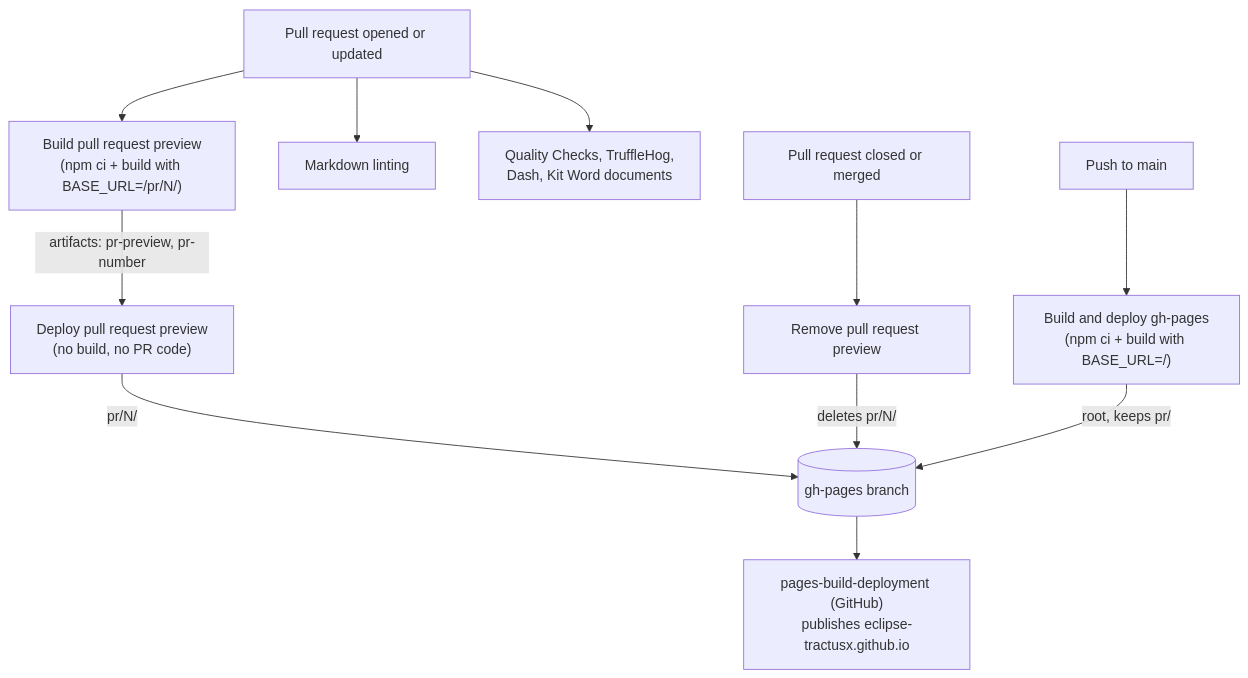
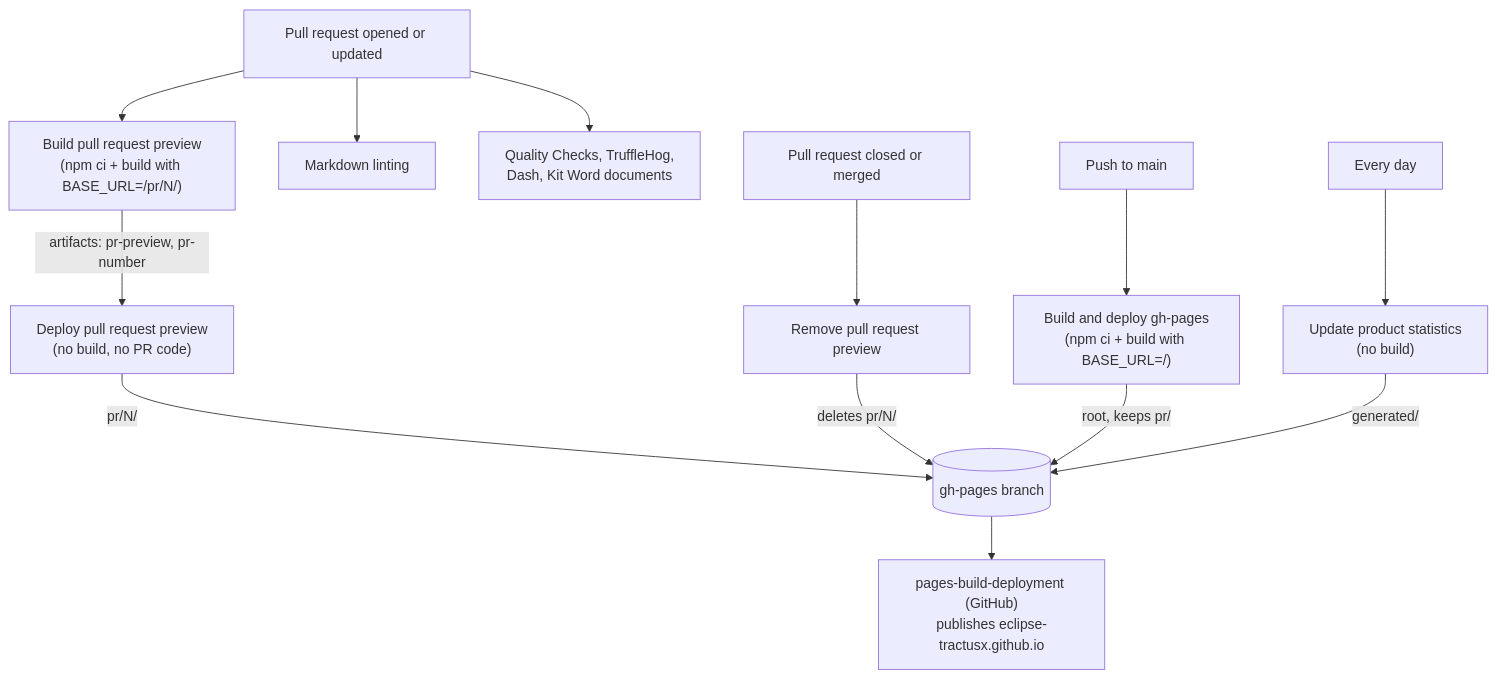
The diagram in .github/workflows/README.md (eclipse-tractusx/eclipse-tractusx.github.io), drawn with Mermaid before and after one commit. The commit also changed other lines of this file and 8 other files, not shown here.

First line of the commit message:
feat(products): update the statistics daily without a site build

````diff
--- a/.github/workflows/README.md
+++ b/.github/workflows/README.md
@@ -27,13 +28,15 @@
 ```mermaid
 flowchart TD
     PR["Pull request opened or updated"] --> BUILD["Build pull request preview<br/>(npm ci + build with BASE_URL=/pr/N/)"]
     PR --> LINT["Markdown linting"]
     PR --> CHECKS["Quality Checks, TruffleHog,<br/>Dash, Kit Word documents"]
     BUILD -- "artifacts: pr-preview, pr-number" --> DEPLOY["Deploy pull request preview<br/>(no build, no PR code)"]
     DEPLOY -- "pr/N/" --> GHP[("gh-pages branch")]
     CLOSE["Pull request closed or merged"] --> CLEAN["Remove pull request preview"]
     CLEAN -- "deletes pr/N/" --> GHP
     MERGE["Push to main"] --> PROD["Build and deploy gh-pages<br/>(npm ci + build with BASE_URL=/)"]
     PROD -- "root, keeps pr/" --> GHP
+    DAILY["Every day"] --> STATS["Update product statistics<br/>(no build)"]
+    STATS -- "generated/" --> GHP
     GHP --> PAGES["pages-build-deployment (GitHub)<br/>publishes eclipse-tractusx.github.io"]
 ```
````
